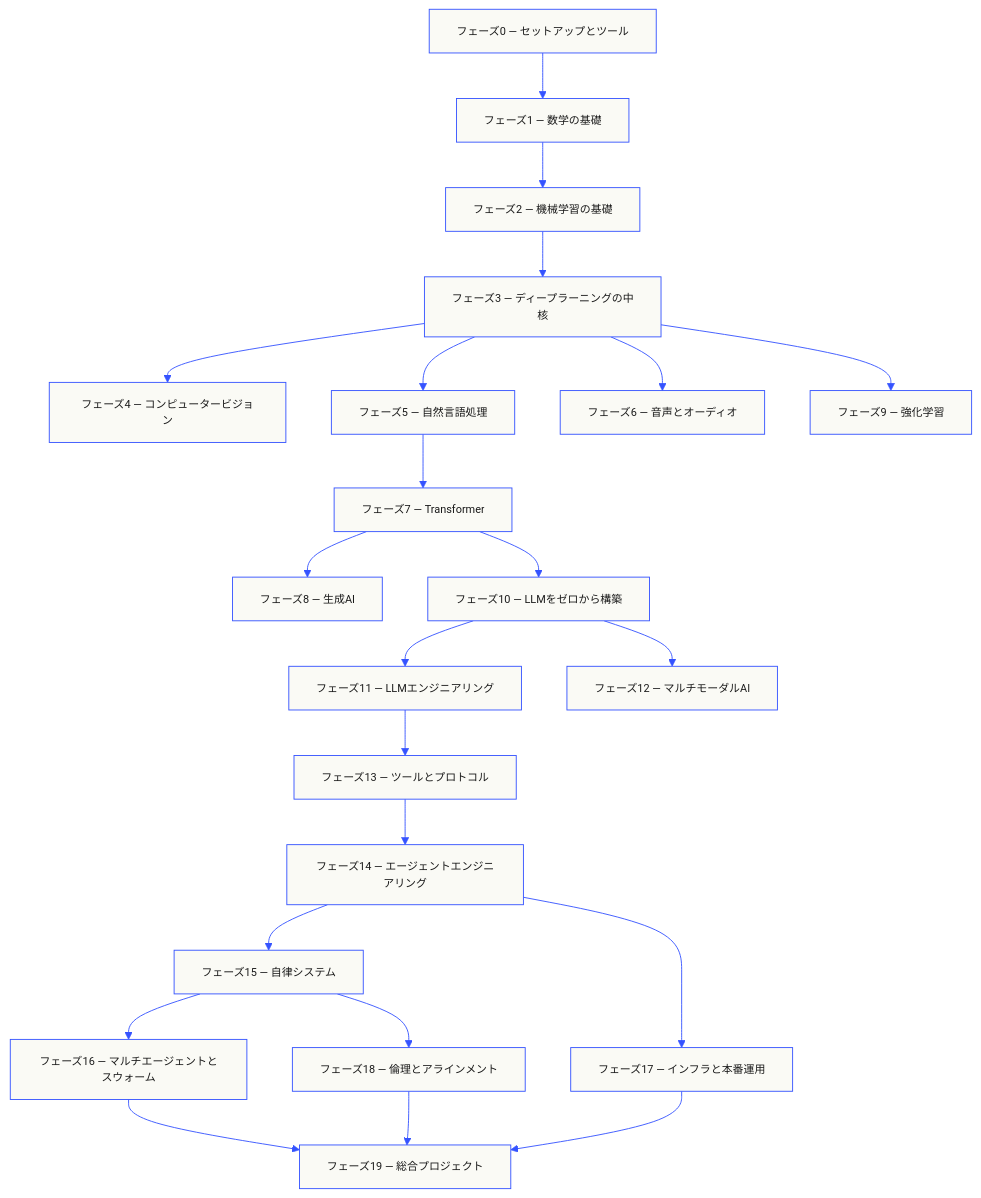
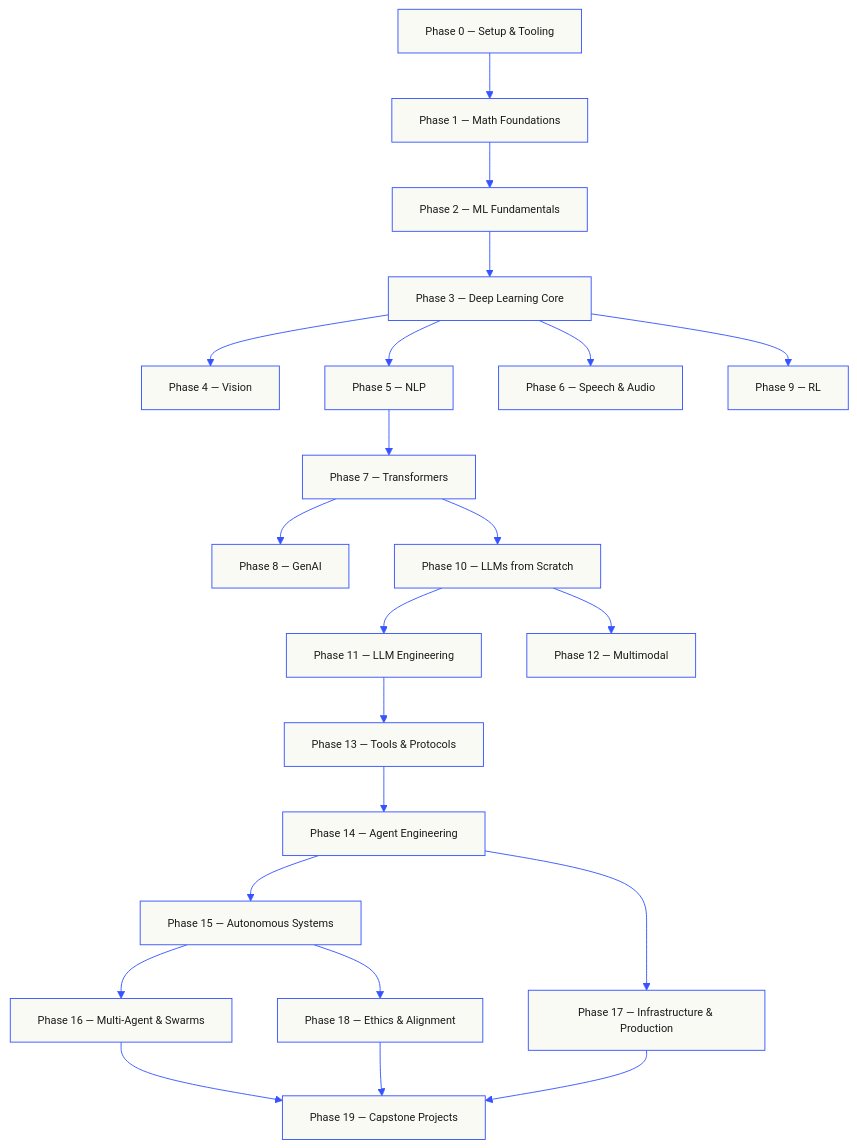
One commit to AshfaqAIML/ai-engineering-from-scratch changed the first of 2 diagrams in i18n/ja/README.md. Above: the diagram before and after it, drawn with Mermaid. The commit also changed other lines of this file and 12 other files, not shown here.

````diff
--- a/i18n/ja/README.md
+++ b/i18n/ja/README.md
@@ -303,25 +187,25 @@
 ```mermaid
 %%{init: {'theme':'base','themeVariables':{'primaryColor':'#fafaf5','primaryTextColor':'#1a1a1a','primaryBorderColor':'#3553ff','lineColor':'#3553ff','fontFamily':'JetBrains Mono','fontSize':'12px'}}}%%
 flowchart TB
-  P0["フェーズ0 — セットアップとツール"] --> P1["フェーズ1 — 数学の基礎"]
-  P1 --> P2["フェーズ2 — 機械学習の基礎"]
-  P2 --> P3["フェーズ3 — ディープラーニングの中核"]
-  P3 --> P4["フェーズ4 — コンピュータービジョン"]
-  P3 --> P5["フェーズ5 — 自然言語処理"]
-  P3 --> P6["フェーズ6 — 音声とオーディオ"]
-  P3 --> P9["フェーズ9 — 強化学習"]
-  P5 --> P7["フェーズ7 — Transformer"]
-  P7 --> P8["フェーズ8 — 生成AI"]
-  P7 --> P10["フェーズ10 — LLMをゼロから構築"]
-  P10 --> P11["フェーズ11 — LLMエンジニアリング"]
-  P10 --> P12["フェーズ12 — マルチモーダルAI"]
-  P11 --> P13["フェーズ13 — ツールとプロトコル"]
-  P13 --> P14["フェーズ14 — エージェントエンジニアリング"]
-  P14 --> P15["フェーズ15 — 自律システム"]
-  P15 --> P16["フェーズ16 — マルチエージェントとスウォーム"]
-  P14 --> P17["フェーズ17 — インフラと本番運用"]
-  P15 --> P18["フェーズ18 — 倫理とアラインメント"]
-  P16 --> P19["フェーズ19 — 総合プロジェクト"]
+  P0["Phase 0 — Setup &amp; Tooling"] --> P1["Phase 1 — Math Foundations"]
+  P1 --> P2["Phase 2 — ML Fundamentals"]
+  P2 --> P3["Phase 3 — Deep Learning Core"]
+  P3 --> P4["Phase 4 — Vision"]
+  P3 --> P5["Phase 5 — NLP"]
+  P3 --> P6["Phase 6 — Speech &amp; Audio"]
+  P3 --> P9["Phase 9 — RL"]
+  P5 --> P7["Phase 7 — Transformers"]
+  P7 --> P8["Phase 8 — GenAI"]
+  P7 --> P10["Phase 10 — LLMs from Scratch"]
+  P10 --> P11["Phase 11 — LLM Engineering"]
+  P10 --> P12["Phase 12 — Multimodal"]
+  P11 --> P13["Phase 13 — Tools &amp; Protocols"]
+  P13 --> P14["Phase 14 — Agent Engineering"]
+  P14 --> P15["Phase 15 — Autonomous Systems"]
+  P15 --> P16["Phase 16 — Multi-Agent &amp; Swarms"]
+  P14 --> P17["Phase 17 — Infrastructure &amp; Production"]
+  P15 --> P18["Phase 18 — Ethics &amp; Alignment"]
+  P16 --> P19["Phase 19 — Capstone Projects"]
   P17 --> P19
   P18 --> P19
 ```
````
